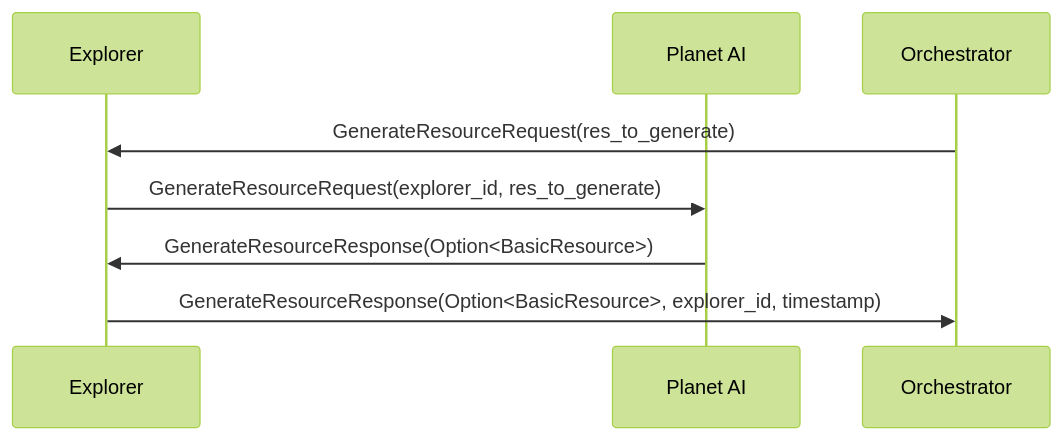
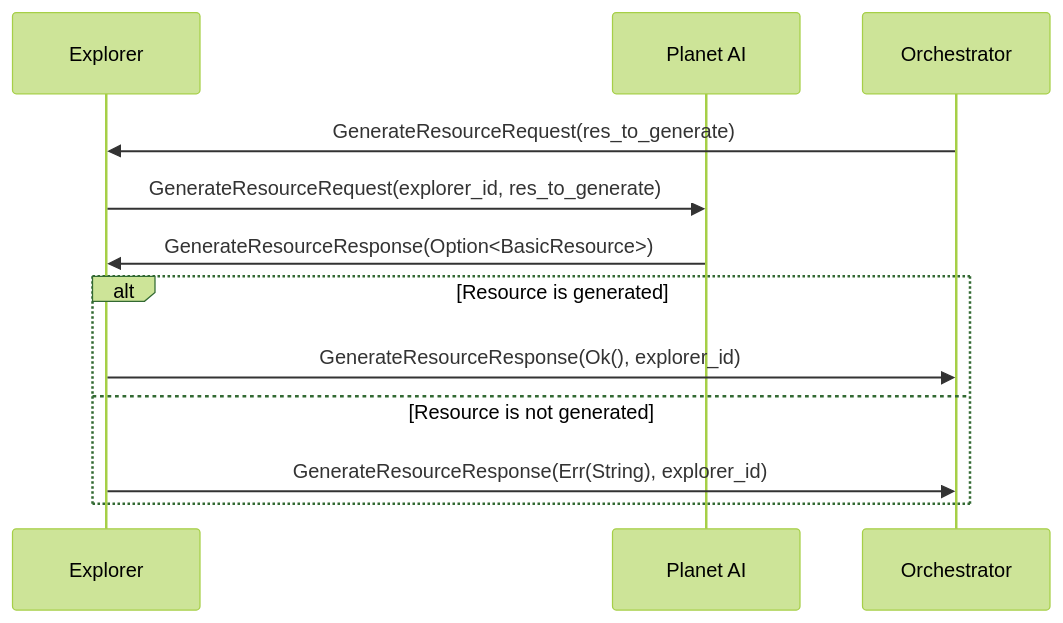
One commit to unitn-ap-2025/common changed diagram 16 of 23 in MESSAGE_DIAGRAMS.md. Above: the diagram before and after it, drawn with Mermaid (forest theme). The commit also changed other lines of this file and 5 other files, not shown here.

Commit message:
Fix Issue #142, added and updated MESSAGE_DIAGRAMS file with sequence diagrams pf the protocol + fixed protocol doc comments for readability

````diff
--- a/MESSAGE_DIAGRAMS.md
+++ b/MESSAGE_DIAGRAMS.md
@@ -167,11 +196,15 @@
 ```mermaid
 sequenceDiagram
     participant E as Explorer
     participant P as Planet AI
     participant O as Orchestrator
 
     O ->> E: GenerateResourceRequest(res_to_generate)
     E ->> P: GenerateResourceRequest(explorer_id, res_to_generate)
     P ->> E: GenerateResourceResponse(Option<BasicResource>)
-    E ->> O: GenerateResourceResponse(Option<BasicResource>, explorer_id, timestamp)
+    alt Resource is generated
+    E ->> O: GenerateResourceResponse(Ok(), explorer_id)
+    else Resource is not generated
+    E ->> O: GenerateResourceResponse(Err(String), explorer_id)
+    end
 ```
````
